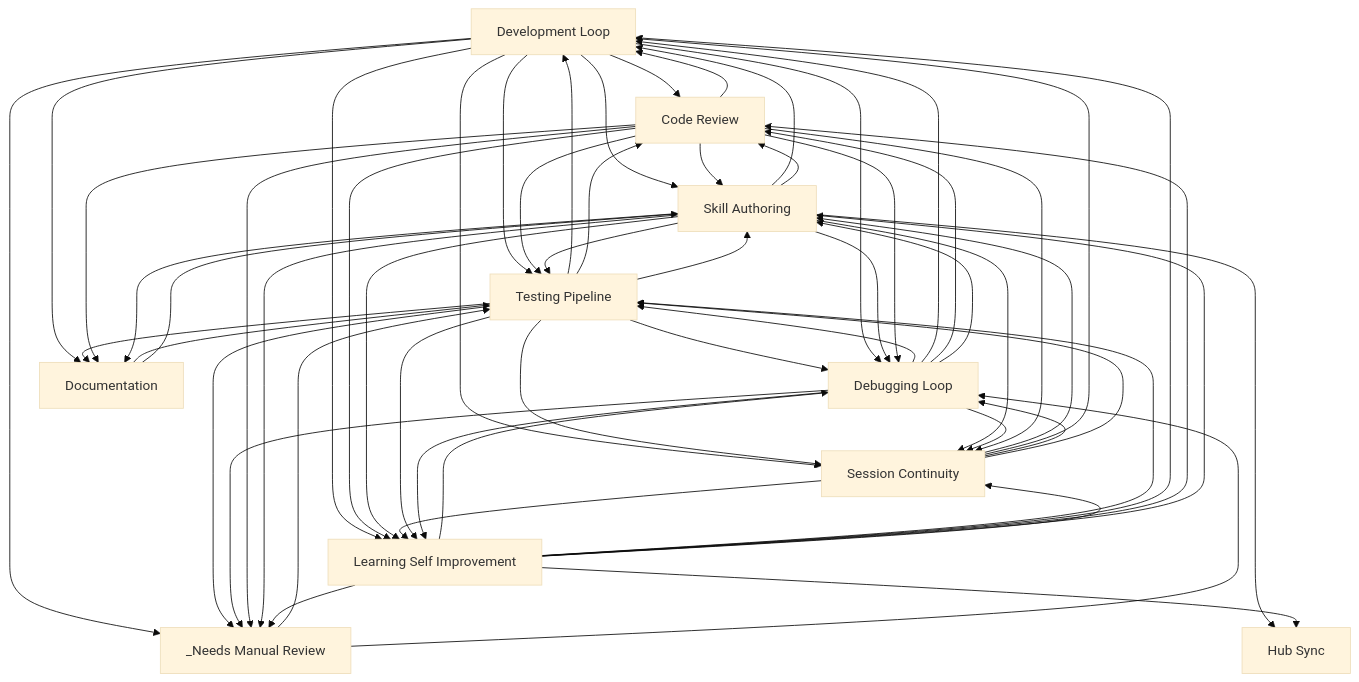
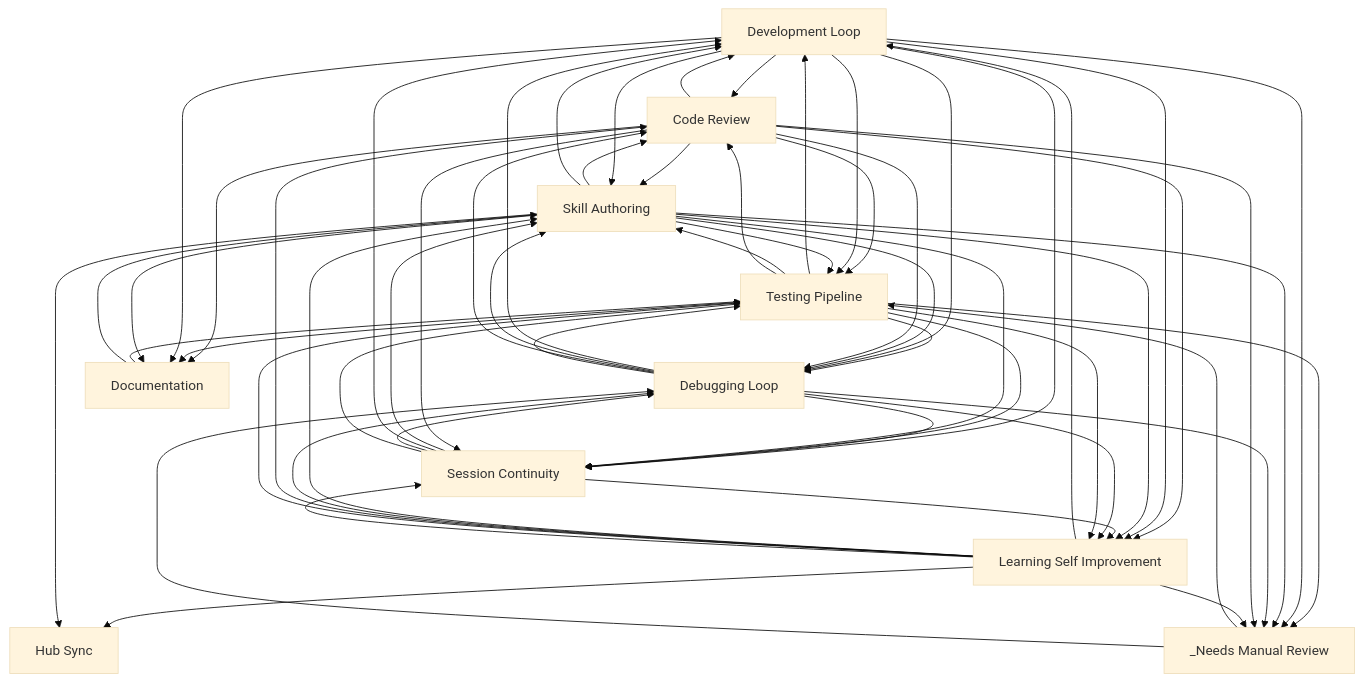
Before and after one commit to abhayla/claude-best-practices: the diagram in docs/workflows/INDEX.md, drawn with Mermaid (base theme). The commit also changed other lines of this file and 12 other files, not shown here.

````diff
--- a/docs/workflows/INDEX.md
+++ b/docs/workflows/INDEX.md
@@ -22,70 +22,70 @@
 ```mermaid
 graph TD
     development_loop[Development Loop]
     testing_pipeline[Testing Pipeline]
     debugging_loop[Debugging Loop]
     learning_self_improvement[Learning Self Improvement]
     session_continuity[Session Continuity]
     skill_authoring[Skill Authoring]
     code_review[Code Review]
     documentation[Documentation]
     hub_sync[Hub Sync]
     _needs_manual_review[_Needs Manual Review]
     documentation --> testing_pipeline
     documentation --> skill_authoring
+    code_review --> development_loop
+    code_review --> skill_authoring
     development_loop --> code_review
     development_loop --> skill_authoring
-    code_review --> development_loop
-    code_review --> skill_authoring
+    code_review --> testing_pipeline
+    code_review --> learning_self_improvement
     development_loop --> testing_pipeline
     development_loop --> learning_self_improvement
-    code_review --> testing_pipeline
-    code_review --> learning_self_improvement
+    testing_pipeline --> development_loop
+    testing_pipeline --> skill_authoring
     testing_pipeline --> debugging_loop
-    testing_pipeline --> development_loop
     testing_pipeline --> code_review
-    testing_pipeline --> skill_authoring
+    debugging_loop --> development_loop
+    debugging_loop --> skill_authoring
+    debugging_loop --> code_review
     debugging_loop --> testing_pipeline
-    debugging_loop --> development_loop
-    debugging_loop --> code_review
-    debugging_loop --> skill_authoring
     development_loop --> debugging_loop
+    skill_authoring --> code_review
     skill_authoring --> development_loop
-    skill_authoring --> code_review
     skill_authoring --> testing_pipeline
     skill_authoring --> learning_self_improvement
+    testing_pipeline --> _needs_manual_review
     development_loop --> _needs_manual_review
-    testing_pipeline --> _needs_manual_review
+    code_review --> documentation
+    testing_pipeline --> documentation
     development_loop --> documentation
-    testing_pipeline --> documentation
-    code_review --> documentation
+    session_continuity --> learning_self_improvement
     development_loop --> session_continuity
-    session_continuity --> learning_self_improvement
     _needs_manual_review --> testing_pipeline
+    debugging_loop --> session_continuity
     testing_pipeline --> session_continuity
     skill_authoring --> session_continuity
-    debugging_loop --> session_continuity
     skill_authoring --> debugging_loop
     _needs_manual_review --> debugging_loop
+    debugging_loop --> learning_self_improvement
     testing_pipeline --> learning_self_improvement
-    debugging_loop --> learning_self_improvement
+    learning_self_improvement --> development_loop
+    learning_self_improvement --> skill_authoring
     learning_self_improvement --> debugging_loop
+    learning_self_improvement --> code_review
     learning_self_improvement --> testing_pipeline
-    learning_self_improvement --> development_loop
-    learning_self_improvement --> code_review
-    learning_self_improvement --> skill_authoring
     code_review --> debugging_loop
+    skill_authoring --> _needs_manual_review
     debugging_loop --> _needs_manual_review
     code_review --> _needs_manual_review
-    skill_authoring --> _needs_manual_review
+    code_review --> session_continuity
     learning_self_improvement --> session_continuity
-    code_review --> session_continuity
     session_continuity --> skill_authoring
     session_continuity --> development_loop
     session_continuity --> debugging_loop
     session_continuity --> testing_pipeline
+    learning_self_improvement --> hub_sync
     skill_authoring --> hub_sync
-    learning_self_improvement --> hub_sync
     learning_self_improvement --> _needs_manual_review
     skill_authoring --> documentation
 ```
````
